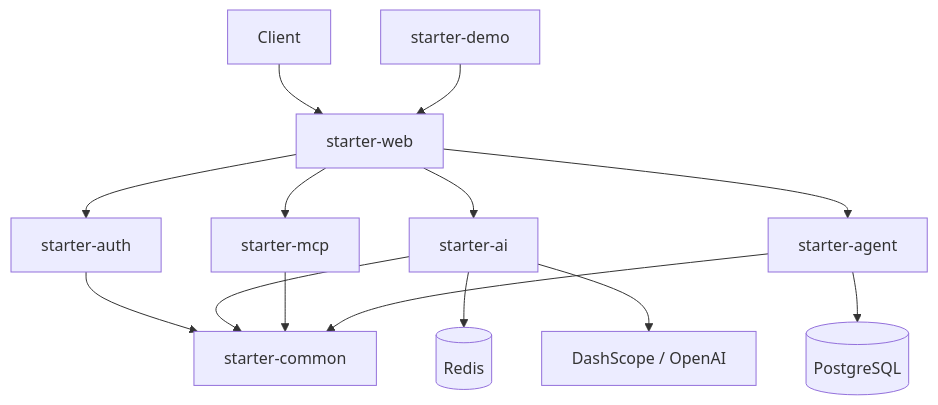
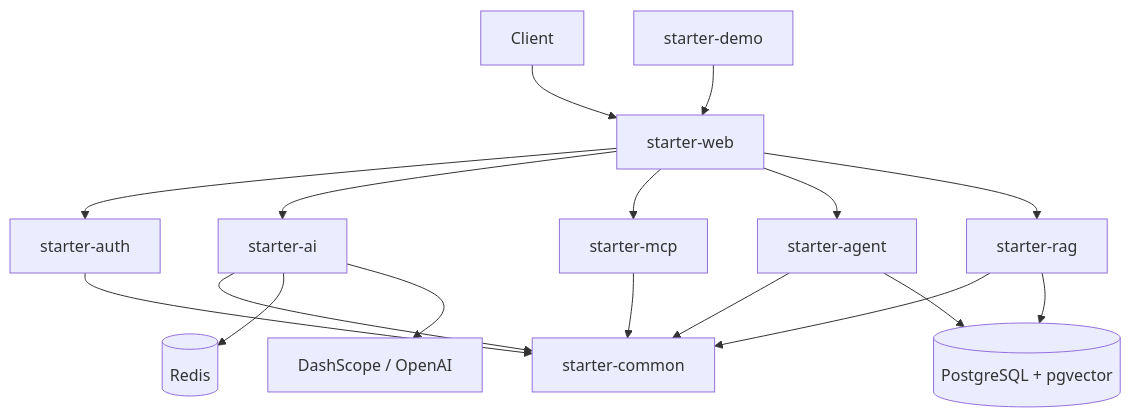
Before and after one commit to pysasuke/ai-enterprise-starter: the diagram in README.md, drawn with Mermaid. The commit also changed other lines of this file and 37 other files, not shown here.

First line of the commit message:
feat(rag): add pgvector knowledge base with document upload and chat

````diff
--- a/README.md
+++ b/README.md
@@ -90,16 +92,19 @@
 ```mermaid
 flowchart TB
     Client --> Web[starter-web]
     Demo[starter-demo] --> Web
     Web --> Auth[starter-auth]
     Web --> AI[starter-ai]
     Web --> MCP[starter-mcp]
     Web --> Agent[starter-agent]
+    Web --> Rag[starter-rag]
     Auth --> Common[starter-common]
     AI --> Common
     MCP --> Common
     Agent --> Common
+    Rag --> Common
     AI --> Redis[(Redis)]
-    Agent --> PG[(PostgreSQL)]
+    Agent --> PG[(PostgreSQL + pgvector)]
+    Rag --> PG
     AI --> LLM[DashScope / OpenAI]
 ```
````
